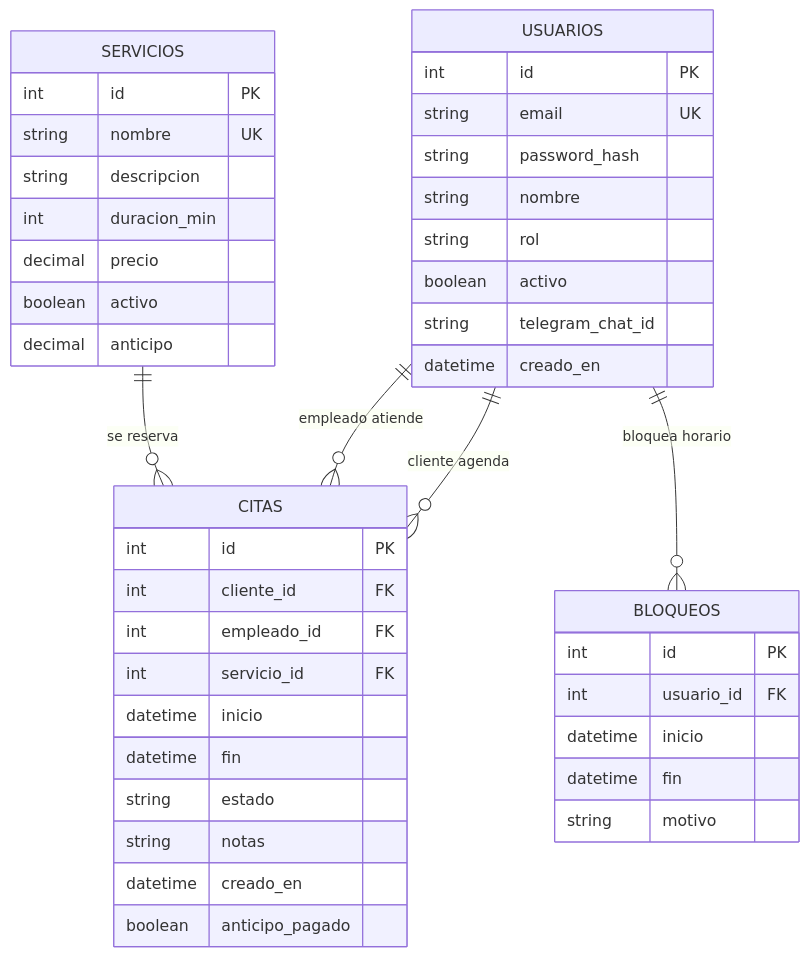
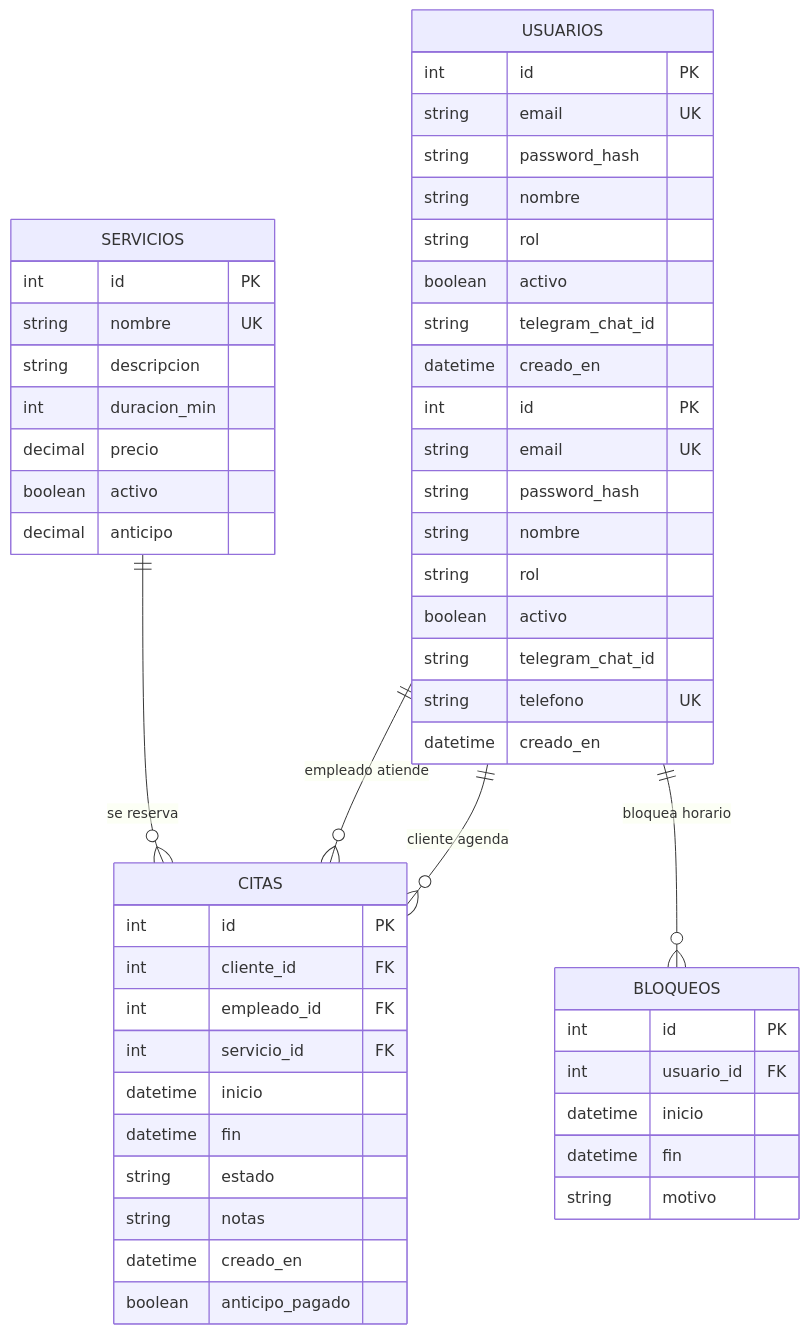
Before and after one commit to EvainLB/citas-api: the diagram in docs/modelo-er.md, drawn with Mermaid.

Commit message:
docs: agrega telefono al modelo de usuarios

````diff
--- a/docs/modelo-er.md
+++ b/docs/modelo-er.md
@@ -3,46 +3,58 @@
 ```mermaid
 erDiagram
     USUARIOS ||--o{ CITAS : "cliente agenda"
     USUARIOS ||--o{ CITAS : "empleado atiende"
     SERVICIOS ||--o{ CITAS : "se reserva"
     USUARIOS ||--o{ BLOQUEOS : "bloquea horario"
 
     USUARIOS {
         int id PK
         string email UK
         string password_hash
         string nombre
         string rol
         boolean activo
         string telegram_chat_id
         datetime creado_en
     }
     SERVICIOS {
         int id PK
         string nombre UK
         string descripcion
         int duracion_min
         decimal precio
         boolean activo
         decimal anticipo
     }
     CITAS {
         int id PK
         int cliente_id FK
         int empleado_id FK
         int servicio_id FK
         datetime inicio
         datetime fin
         string estado
         string notas
         datetime creado_en
         boolean anticipo_pagado
     }
     BLOQUEOS {
         int id PK
         int usuario_id FK
         datetime inicio
         datetime fin
         string motivo
     }
+
+        USUARIOS {
+        int id PK
+        string email UK
+        string password_hash
+        string nombre
+        string rol
+        boolean activo
+        string telegram_chat_id
+        string telefono UK
+        datetime creado_en
+    }
 ```
````
